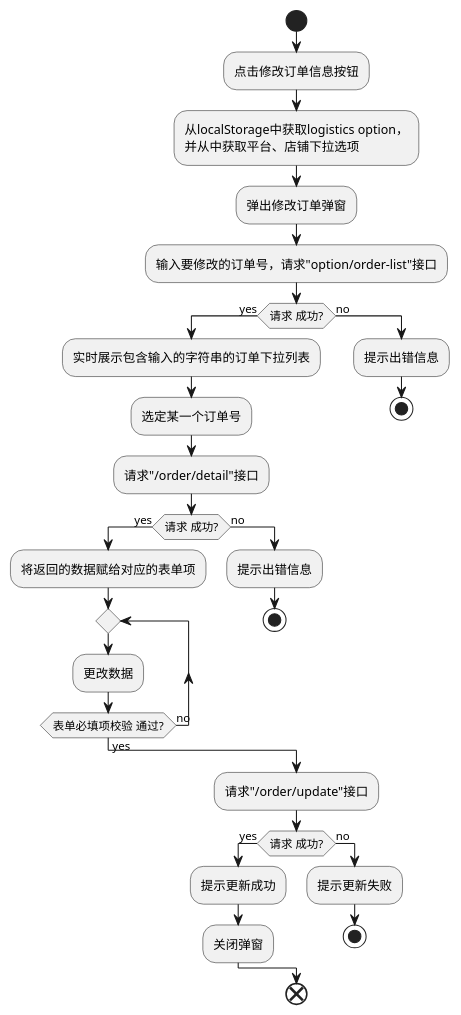
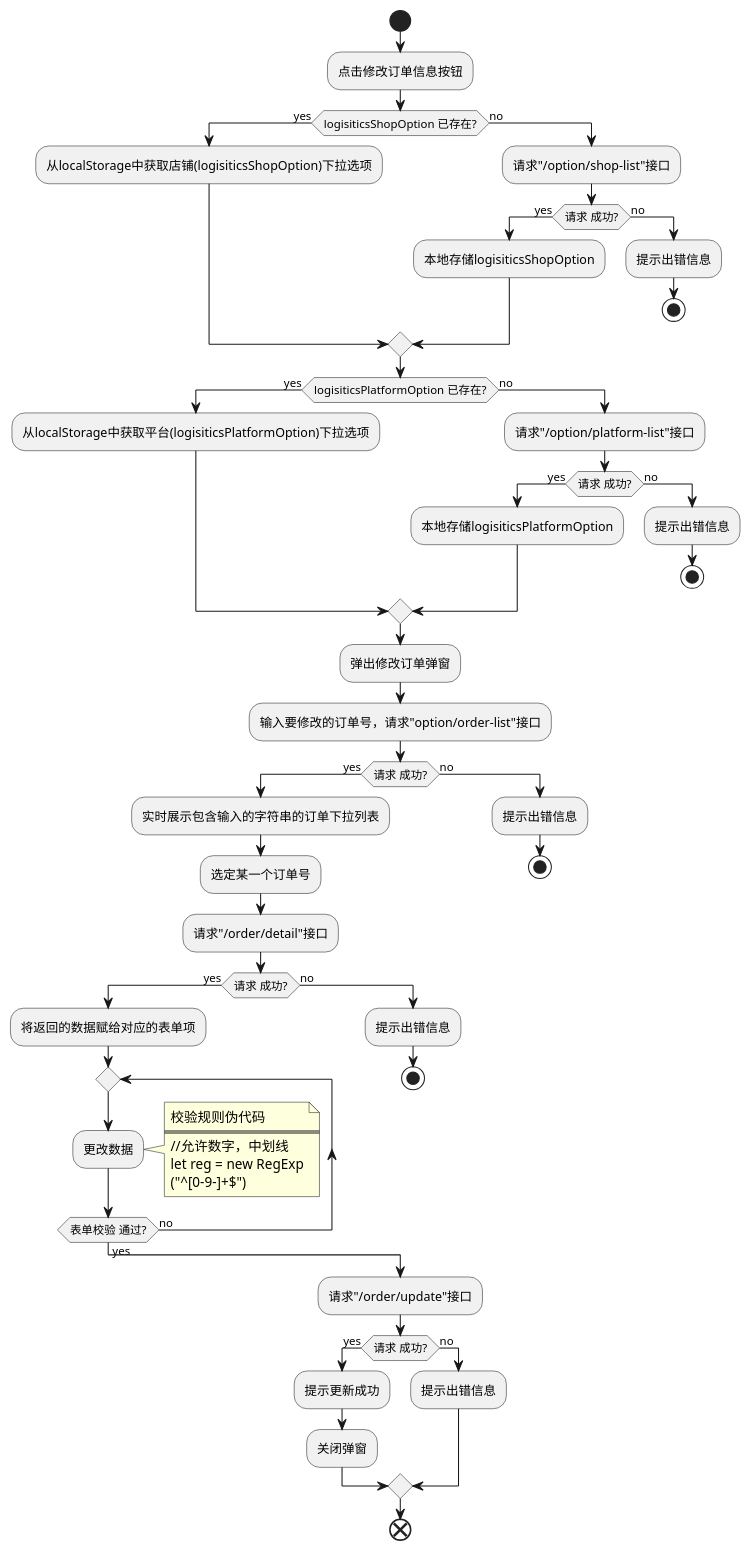
One commit to futurekidult/lis changed the diagram in docs/development-flow-diagram.puml/logistics-list/update-order.puml. Above: the diagram before and after it, drawn with PlantUML. The commit also changed 11 other files, not shown here.

```diff
--- a/docs/development-flow-diagram.puml/logistics-list/update-order.puml
+++ b/docs/development-flow-diagram.puml/logistics-list/update-order.puml
@@ -1,36 +1,62 @@
 @startuml
 
 start
 :点击修改订单信息按钮;
-:从localStorage中获取logistics option，
-并从中获取平台、店铺下拉选项;
+if(logisiticsShopOption 已存在?) then (yes)
+  :从localStorage中获取店铺(logisiticsShopOption)下拉选项;
+else (no)
+  :请求"/option/shop-list"接口;
+  if(请求 成功?) then (yes)
+    :本地存储logisiticsShopOption;
+  else (no)
+    :提示出错信息;
+    stop
+  endif
+endif
+if(logisiticsPlatformOption 已存在?) then (yes)
+  :从localStorage中获取平台(logisiticsPlatformOption)下拉选项;
+else (no)
+  :请求"/option/platform-list"接口;
+  if(请求 成功?) then (yes)
+    :本地存储logisiticsPlatformOption;
+  else (no)
+    :提示出错信息;
+    stop
+  endif
+endif
 :弹出修改订单弹窗;
 :输入要修改的订单号，请求"option/order-list"接口;
  if(请求 成功?) then (yes)
     :实时展示包含输入的字符串的订单下拉列表;
     :选定某一个订单号;
     :请求"/order/detail"接口;
     if(请求 成功?) then (yes)
       :将返回的数据赋给对应的表单项;
       repeat
         :更改数据;
-      repeat while(表单必填项校验 通过?) is (no) not (yes)
+      repeat while(表单校验 通过?) is (no) not (yes)
+      note right
+        校验规则伪代码
+        ====
+        //允许数字，中划线
+        let reg = new RegExp
+        ("^[0-9-]+$")
+      end note
     else (no)
       :提示出错信息;
       stop
     endif
   else (no)
     :提示出错信息;
     stop
   endif
 :请求"/order/update"接口;
 if(请求 成功?) then (yes)
   :提示更新成功;
   :关闭弹窗;
 else (no)
-  :提示更新失败;
-  stop
+  :提示出错信息;
 endif
 end
 
 @enduml
```
